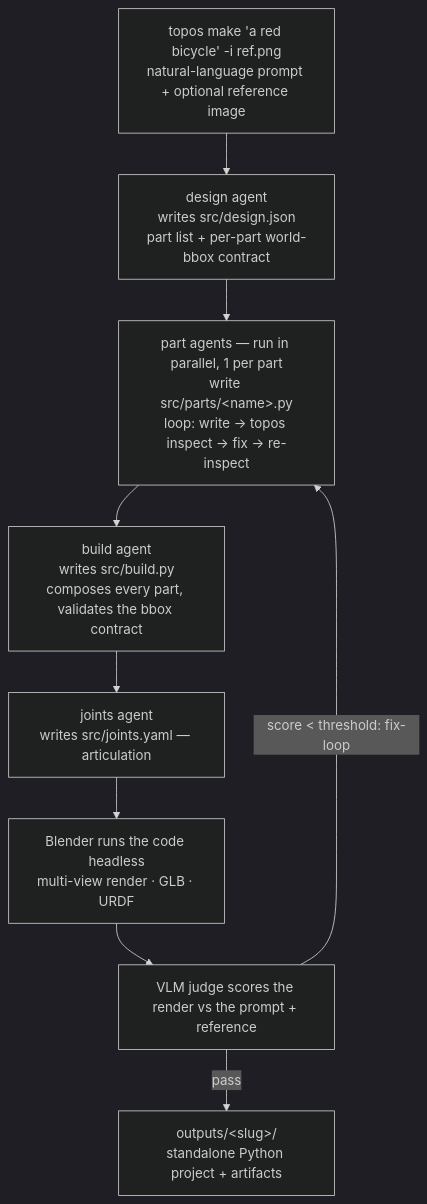
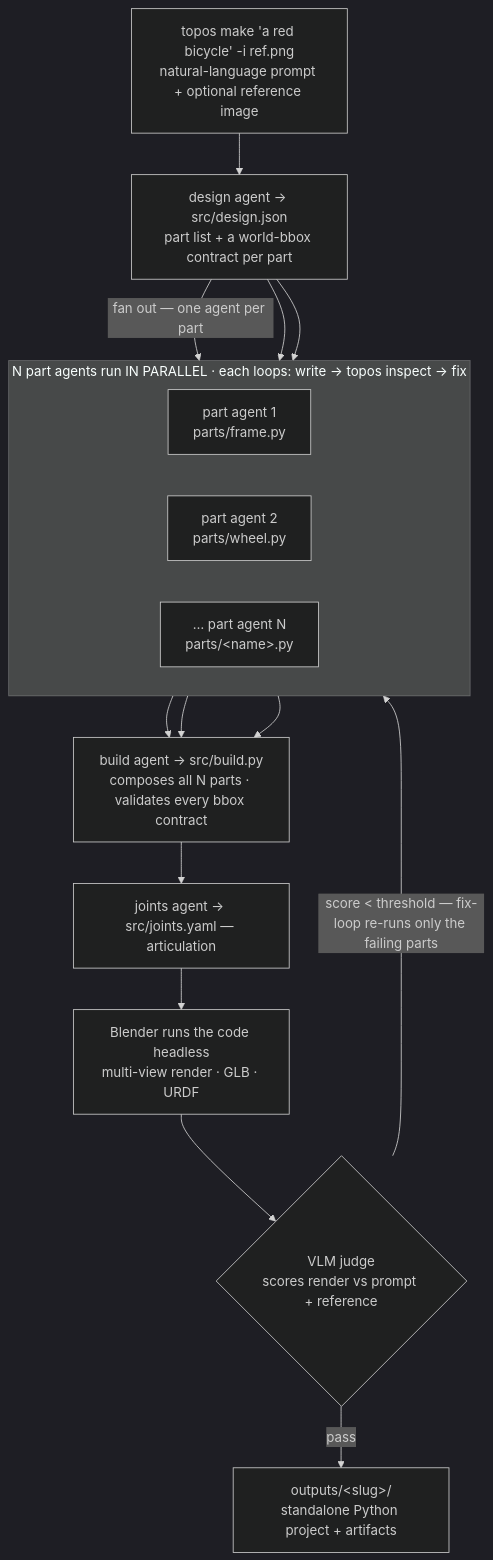
Before and after one commit to birsakm/topos: the diagram in README.md, drawn with Mermaid (dark theme). The commit also changed other lines of this file and 10 other files, not shown here.

First line of the commit message:
README: animated turntable GIFs (transparent, Cycles) + parallel pipeline diagram

````diff
--- a/README.md
+++ b/README.md
@@ -35,14 +43,26 @@
 ```mermaid
 flowchart TD
     P["topos make 'a red bicycle' -i ref.png<br/>natural-language prompt + optional reference image"]
-    D["design agent<br/>writes src/design.json<br/>part list + per-part world-bbox contract"]
-    PA["part agents — run in parallel, 1 per part<br/>write src/parts/&lt;name&gt;.py<br/>loop: write → topos inspect → fix → re-inspect"]
-    B["build agent<br/>writes src/build.py<br/>composes every part, validates the bbox contract"]
-    J["joints agent<br/>writes src/joints.yaml — articulation"]
+    D["design agent → src/design.json<br/>part list + a world-bbox contract per part"]
+    P --> D
+    D -->|"fan out — one agent per part"| PA1
+    D --> PA2
+    D --> PAn
+    subgraph PAR ["N part agents run IN PARALLEL · each loops: write → topos inspect → fix"]
+      direction LR
+      PA1["part agent 1<br/>parts/frame.py"]
+      PA2["part agent 2<br/>parts/wheel.py"]
+      PAn["… part agent N<br/>parts/&lt;name&gt;.py"]
+    end
+    PA1 --> B
+    PA2 --> B
+    PAn --> B
+    B["build agent → src/build.py<br/>composes all N parts · validates every bbox contract"]
+    J["joints agent → src/joints.yaml — articulation"]
     BL["Blender runs the code headless<br/>multi-view render · GLB · URDF"]
-    JU["VLM judge scores the render vs the prompt + reference"]
+    JU{"VLM judge<br/>scores render vs prompt + reference"}
     O["outputs/&lt;slug&gt;/<br/>standalone Python project + artifacts"]
-    P --> D --> PA --> B --> J --> BL --> JU
-    JU -->|"score &lt; threshold: fix-loop"| PA
+    B --> J --> BL --> JU
+    JU -->|"score &lt; threshold — fix-loop re-runs only the failing parts"| PAR
     JU -->|pass| O
 ```
````
